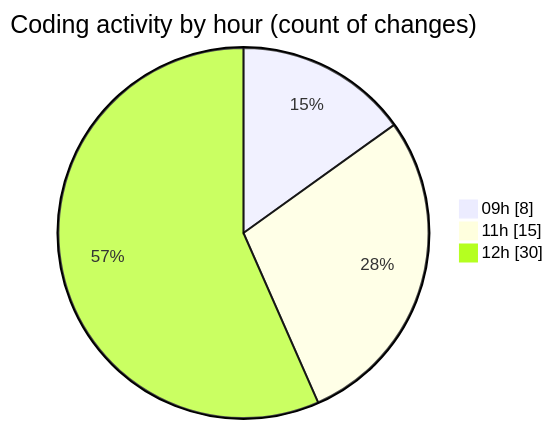
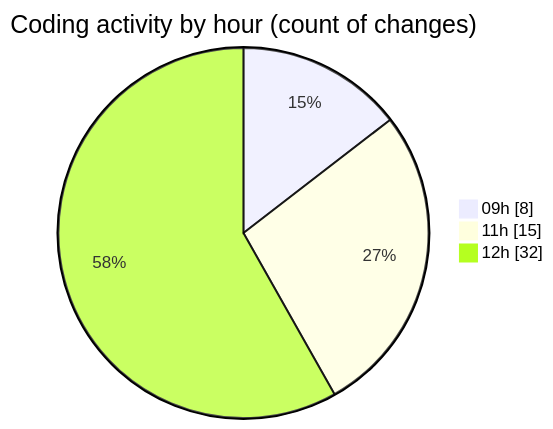
Before and after one commit to momahboobian/code-tracking: the second of 2 diagrams in 2025-11-20/cda/README.md, drawn with Mermaid. The commit also changed other lines of this file and 1 other file, not shown here.

````diff
--- a/2025-11-20/cda/README.md
+++ b/2025-11-20/cda/README.md
@@ -39,7 +39,7 @@
 ```mermaid
 pie showData
 title Coding activity by hour (count of changes)
 "09h" : 8
 "11h" : 15
-"12h" : 30
+"12h" : 32
 ```
````
